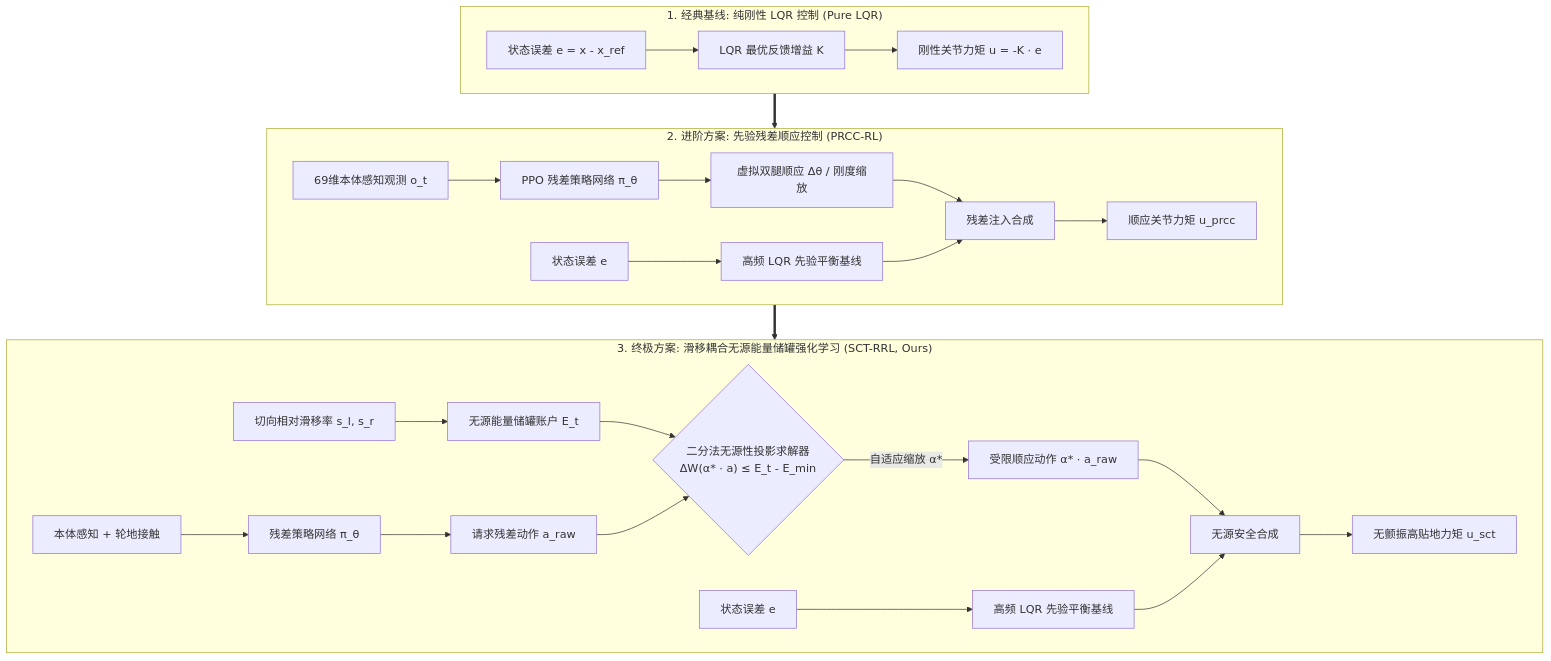
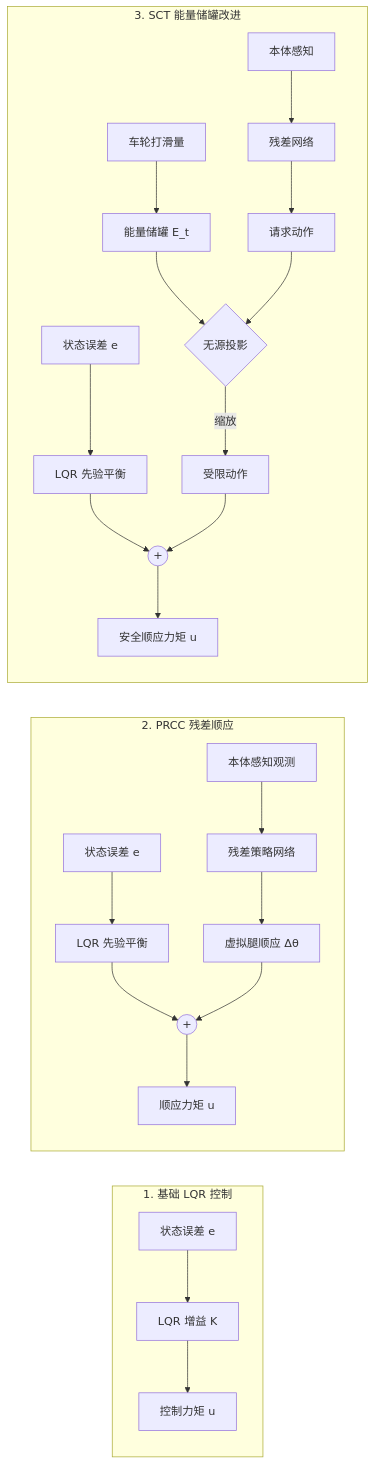
Before and after one commit to CyrusHuang-coder/RoboWalker-Wheel-Leg-LQR: the first of 2 diagrams in README.md, drawn with Mermaid. The commit also changed other lines of this file, not shown here.

Commit message:
docs: streamline README.md with honest task summary, concise diagrams, and academic tone

````diff
--- a/README.md
+++ b/README.md
@@ -95,31 +45,20 @@
 ```mermaid
-flowchart TD
-    subgraph S1["1. 经典基线: 纯刚性 LQR 控制 (Pure LQR)"]
-        E1["状态误差 e = x - x_ref"] --> K1["LQR 最优反馈增益 K"]
-        K1 --> U1["刚性关节力矩 u = -K · e"]
+flowchart LR
+    subgraph 1. 基础 LQR 控制
+        E1[状态误差 e] --> K1[LQR 增益 K] --> U1[控制力矩 u]
     end
 
-    subgraph S2["2. 进阶方案: 先验残差顺应控制 (PRCC-RL)"]
-        OBS2["69维本体感知观测 o_t"] --> POL2["PPO 残差策略网络 π_θ"]
-        POL2 --> DA2["虚拟双腿顺应 Δθ / 刚度缩放"]
-        E2["状态误差 e"] --> K2["高频 LQR 先验平衡基线"]
-        DA2 --> COMB2["残差注入合成"]
-        K2 --> COMB2
-        COMB2 --> U2["顺应关节力矩 u_prcc"]
+    subgraph 2. PRCC 残差顺应
+        OBS2[本体感知观测] --> PI2[残差策略网络] --> D_TH[虚拟腿顺应 Δθ]
+        E2[状态误差 e] --> LQR2[LQR 先验平衡] --> ADD2((+))
+        D_TH --> ADD2 --> U2[顺应力矩 u]
     end
 
-    subgraph S3["3. 终极方案: 滑移耦合无源能量储罐强化学习 (SCT-RRL, Ours)"]
-        OBS3["本体感知 + 轮地接触"] --> POL3["残差策略网络 π_θ"]
-        POL3 --> REQ["请求残差动作 a_raw"]
-        SLIP["切向相对滑移率 s_l, s_r"] --> TANK["无源能量储罐账户 E_t"]
-        TANK --> PROJ{"二分法无源性投影求解器<br/>ΔW(α* · a) ≤ E_t - E_min"}
-        REQ --> PROJ
-        PROJ -->|自适应缩放 α*| DA3["受限顺应动作 α* · a_raw"]
-        E3["状态误差 e"] --> K3["高频 LQR 先验平衡基线"]
-        DA3 --> COMB3["无源安全合成"]
-        K3 --> COMB3
-        COMB3 --> U3["无颤振高贴地力矩 u_sct"]
+    subgraph 3. SCT 能量储罐改进
+        OBS3[本体感知] --> PI3[残差网络] --> ACT3[请求动作]
+        SLIP[车轮打滑量] --> TANK[能量储罐 E_t] --> PROJ{无源投影}
+        ACT3 --> PROJ -->|缩放| SAFE_ACT[受限动作]
+        E3[状态误差 e] --> LQR3[LQR 先验平衡] --> ADD3((+))
+        SAFE_ACT --> ADD3 --> U3[安全顺应力矩 u]
     end
-
-    S1 ==> S2 ==> S3
 ```
````
